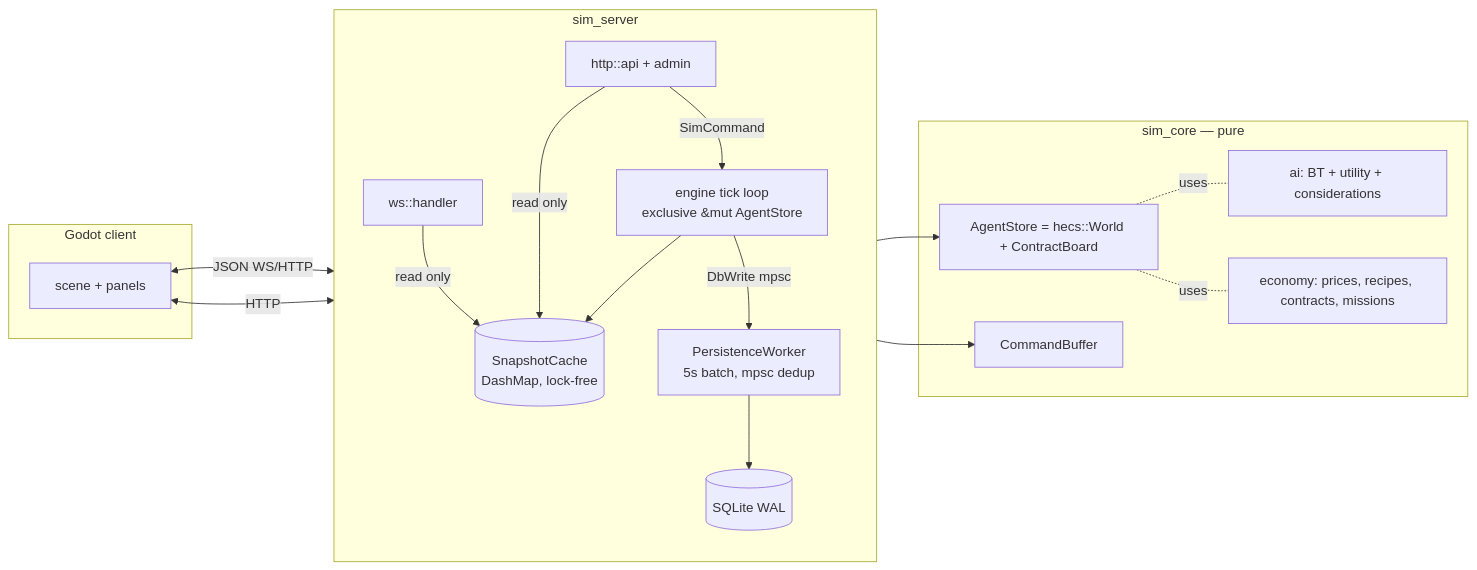
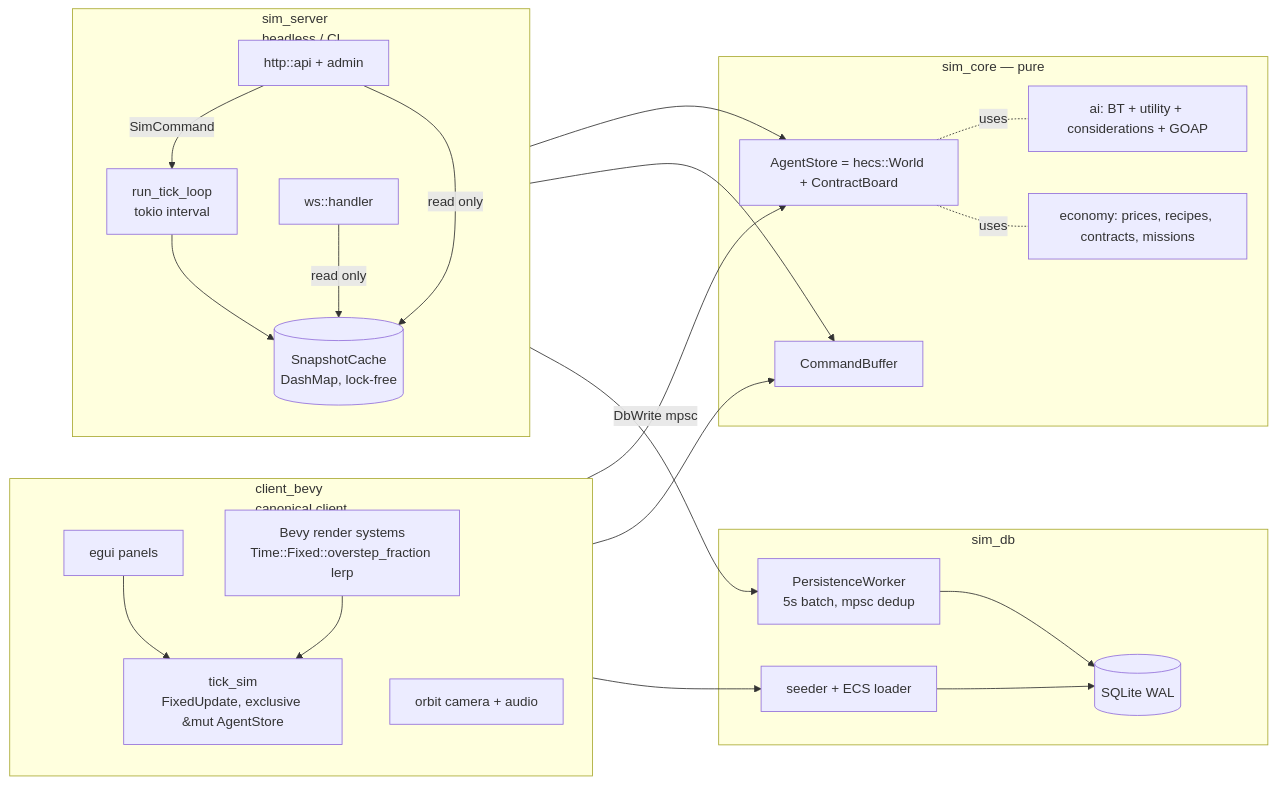
The second of 9 diagrams in simulator-rust/docs/ARCHITECTURE.md (Mefits/Living-Sector), drawn with Mermaid before and after one commit. The commit also changed other lines of this file and 2 other files, not shown here.

First line of the commit message:
docs: refresh CLAUDE.md + ARCHITECTURE.md for embedded Bevy client

````diff
--- a/simulator-rust/docs/ARCHITECTURE.md
+++ b/simulator-rust/docs/ARCHITECTURE.md
@@ -41,33 +47,44 @@
 ```mermaid
 flowchart LR
-    subgraph client[Godot client]
-        gd[scene + panels]
+    subgraph bevy[client_bevy<br/>canonical client]
+        direction TB
+        ui[egui panels]
+        render[Bevy render systems<br/>Time::Fixed::overstep_fraction lerp]
+        tick[tick_sim<br/>FixedUpdate, exclusive &mut AgentStore]
+        cam[orbit camera + audio]
     end
-    subgraph server[sim_server]
+    subgraph server[sim_server<br/>headless / CI]
         direction TB
         ws[ws::handler]
         http[http::api + admin]
-        engine[engine tick loop<br/>exclusive &mut AgentStore]
+        runloop[run_tick_loop<br/>tokio interval]
         snap[(SnapshotCache<br/>DashMap, lock-free)]
-        pw[PersistenceWorker<br/>5s batch, mpsc dedup]
-        db[(SQLite WAL)]
     end
     subgraph core[sim_core — pure]
         store[AgentStore = hecs::World + ContractBoard]
         cmds[CommandBuffer]
-        ai[ai: BT + utility + considerations]
+        ai[ai: BT + utility + considerations + GOAP]
         eco[economy: prices, recipes, contracts, missions]
     end
+    subgraph db_layer[sim_db]
+        seed[seeder + ECS loader]
+        pw[PersistenceWorker<br/>5s batch, mpsc dedup]
+        sqlite[(SQLite WAL)]
+    end
 
-    gd <-->|JSON WS/HTTP| ws
-    gd <-->|HTTP| http
-    engine --> store
-    engine --> cmds
-    engine --> snap
-    engine -->|DbWrite mpsc| pw --> db
+    ui --> tick
+    render --> tick
+    tick --> store
+    tick --> cmds
+    tick --> seed
+    seed --> sqlite
+    runloop --> store
+    runloop --> cmds
+    runloop --> snap
+    runloop -->|DbWrite mpsc| pw --> sqlite
     ws -->|read only| snap
     http -->|read only| snap
-    http -->|SimCommand| engine
+    http -->|SimCommand| runloop
     store -.uses.- ai
     store -.uses.- eco
 ```
````
